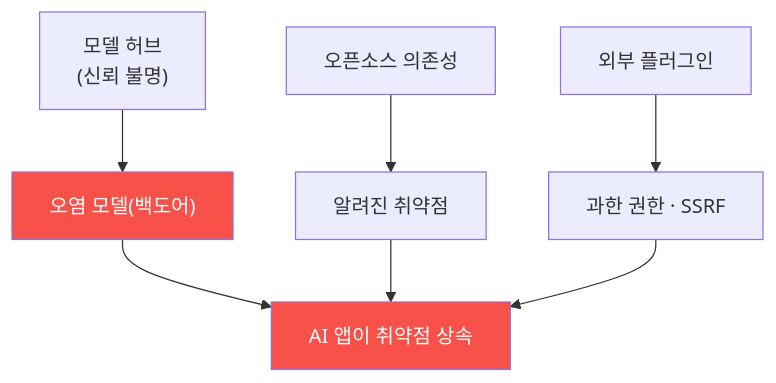
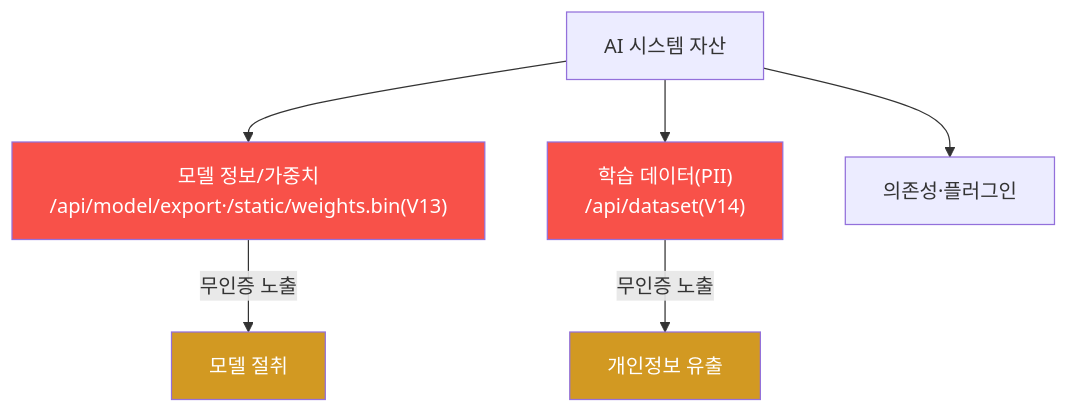
One commit to mrgrit/tw2 changed the first of 3 diagrams in contents/training/ai-service-pentest/lecture_week12.md. Above: the diagram before and after it, drawn with Mermaid. The commit also changed other lines of this file and 304 other files, not shown here.

````diff
--- a/contents/training/ai-service-pentest/lecture_week12.md
+++ b/contents/training/ai-service-pentest/lecture_week12.md
@@ -57,11 +65,12 @@
 ```mermaid
 graph TD
-    H["모델 허브<br/>(신뢰 불명)"] --> M["오염 모델(백도어)"]
-    D["오픈소스 의존성"] --> V["알려진 취약점"]
-    P["외부 플러그인"] --> A["과한 권한 · SSRF"]
-    M --> APP["AI 앱이 취약점 상속"]
-    V --> APP
-    A --> APP
+    A["AI 시스템 자산"] --> M["모델 정보/가중치<br/>/api/model/export·/static/weights.bin(V13)"]
+    A --> D["학습 데이터(PII)<br/>/api/dataset(V14)"]
+    A --> DEP["의존성·플러그인"]
+    M -->|"무인증 노출"| T["모델 절취"]
+    D -->|"무인증 노출"| P["개인정보 유출"]
     style M fill:#f85149,color:#fff
-    style APP fill:#f85149,color:#fff
+    style D fill:#f85149,color:#fff
+    style T fill:#d29922,color:#fff
+    style P fill:#d29922,color:#fff
 ```
````
